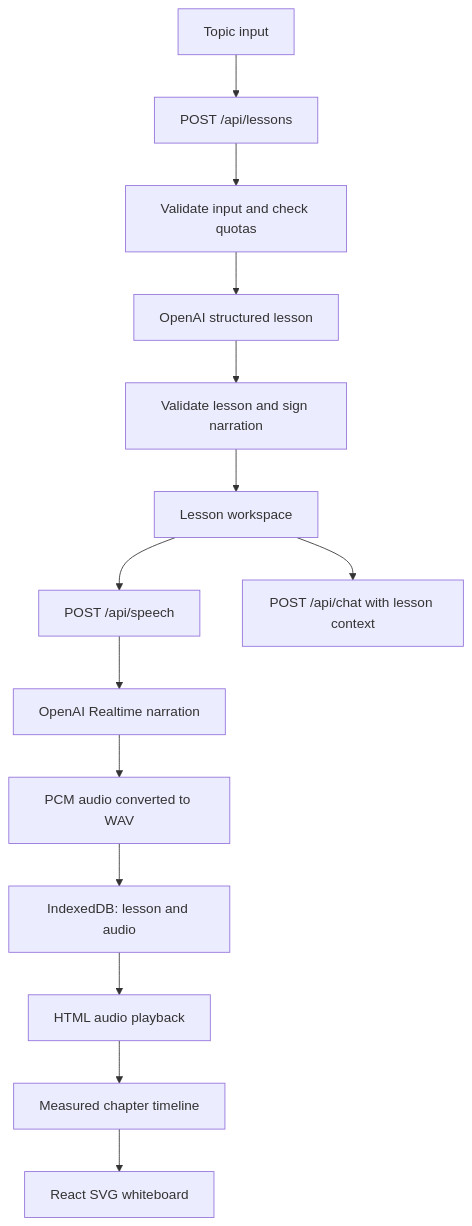
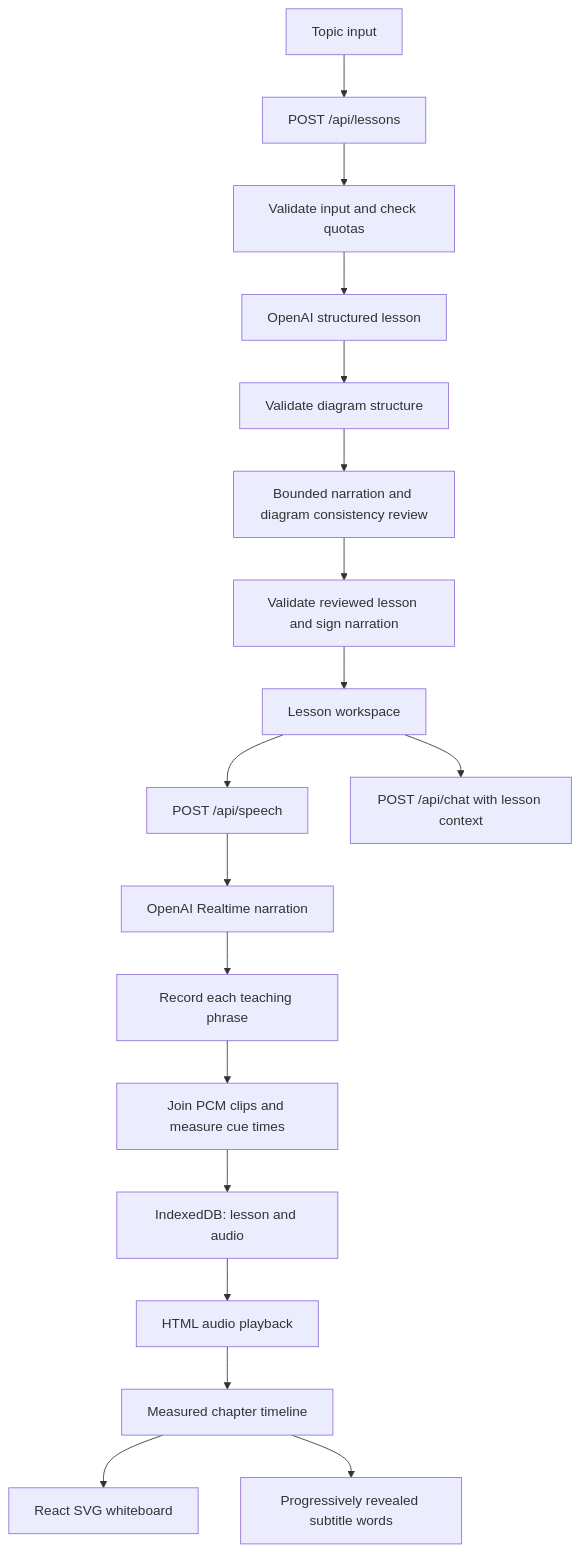
One commit to sivasai1000/ai-whiteboard-tutor changed the diagram in docs/architecture.md. Above: the diagram before and after it, drawn with Mermaid. The commit also changed other lines of this file and 155 other files, not shown here.

````diff
--- a/docs/architecture.md
+++ b/docs/architecture.md
@@ -11,16 +11,20 @@
 ```mermaid
 flowchart TD
   User[Topic input] --> Route[POST /api/lessons]
   Route --> Validate[Validate input and check quotas]
   Validate --> LLM[OpenAI structured lesson]
-  LLM --> Check[Validate lesson and sign narration]
+  LLM --> Structure[Validate diagram structure]
+  Structure --> Review[Bounded narration and diagram consistency review]
+  Review --> Check[Validate reviewed lesson and sign narration]
   Check --> Browser[Lesson workspace]
   Browser --> Speech[POST /api/speech]
   Speech --> Voice[OpenAI Realtime narration]
-  Voice --> WAV[PCM audio converted to WAV]
+  Voice --> Phrases[Record each teaching phrase]
+  Phrases --> WAV[Join PCM clips and measure cue times]
   WAV --> Store[IndexedDB: lesson and audio]
   Store --> Player[HTML audio playback]
   Player --> Clock[Measured chapter timeline]
   Clock --> SVG[React SVG whiteboard]
+  Clock --> Captions[Progressively revealed subtitle words]
   Browser --> Chat[POST /api/chat with lesson context]
 ```
````
